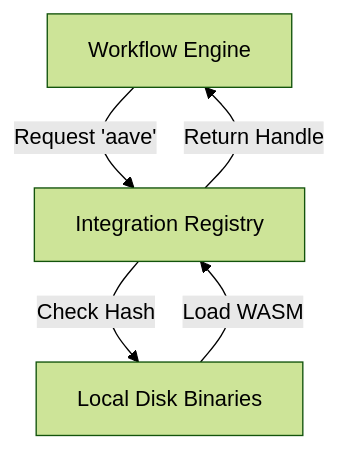
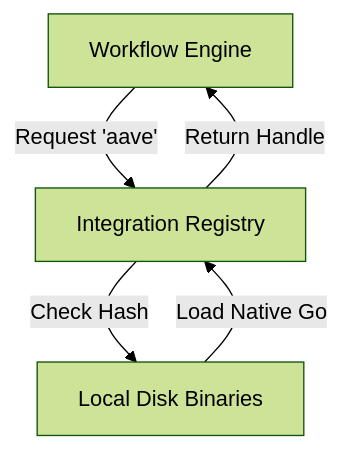
One commit to Nodlshire/nodl changed the diagram in docs/backend/integration-registry.md. Above: the diagram before and after it, drawn with Mermaid (forest theme). The commit also changed other lines of this file and 2614 other files, not shown here.

Commit message:
feat: complete DeWi foundation integration, docs sweep with canon neon diagrams, and responsive dashboard updates

````diff
--- a/docs/backend/integration-registry.md
+++ b/docs/backend/integration-registry.md
@@ -52,7 +63,7 @@
 ```mermaid
 graph TD
     A[Workflow Engine] -->|Request 'aave'| B[Integration Registry]
     B -->|Check Hash| C[Local Disk Binaries]
-    C -->|Load WASM| B
+    C -->|Load Native Go| B
     B -->|Return Handle| A
 ```
````
